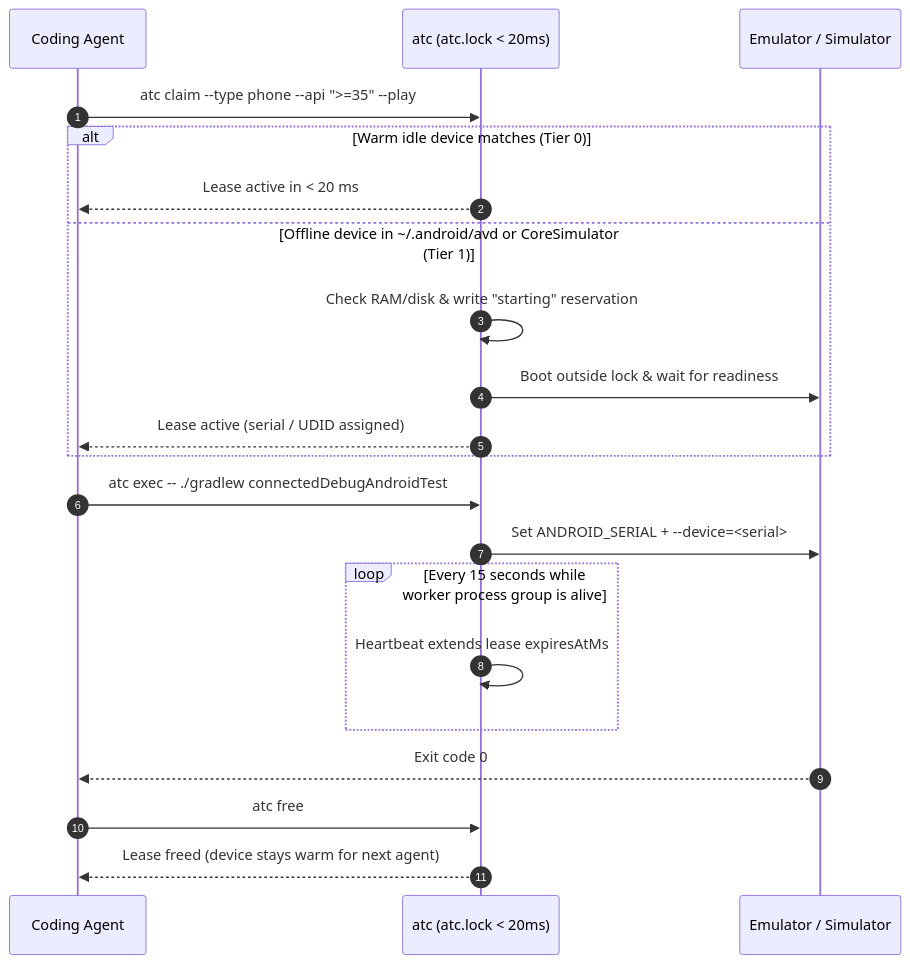
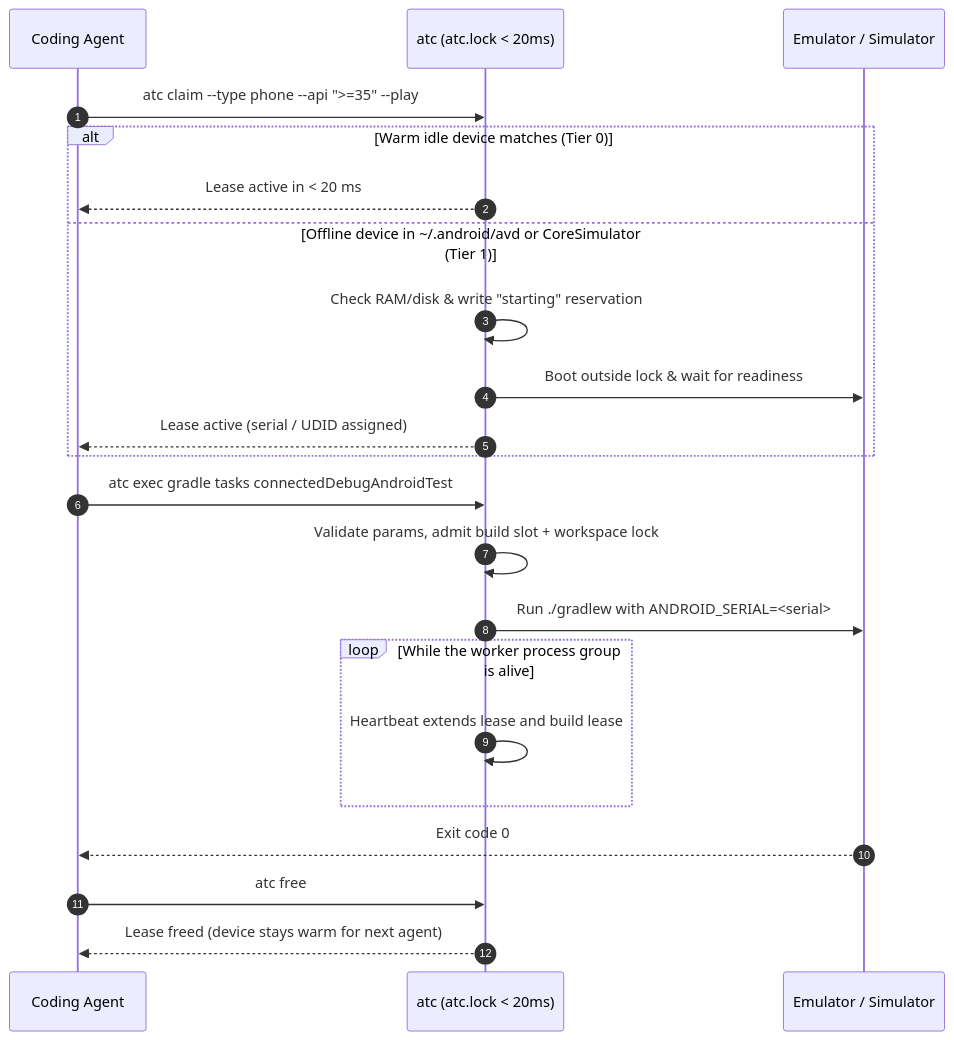
The first of 4 diagrams in docs/user-guide.md (rock3r/atc), drawn with Mermaid before and after one commit. The commit also changed other lines of this file and 31 other files, not shown here.

````diff
--- a/docs/user-guide.md
+++ b/docs/user-guide.md
@@ -61,26 +109,27 @@
 ```mermaid
 sequenceDiagram
     autonumber
     participant Agent as Coding Agent
     participant ATC as atc (atc.lock < 20ms)
     participant Dev as Emulator / Simulator
 
     Agent->>ATC: atc claim --type phone --api ">=35" --play
     alt Warm idle device matches (Tier 0)
         ATC-->>Agent: Lease active in < 20 ms
     else Offline device in ~/.android/avd or CoreSimulator (Tier 1)
         ATC->>ATC: Check RAM/disk & write "starting" reservation
         ATC->>Dev: Boot outside lock & wait for readiness
         ATC-->>Agent: Lease active (serial / UDID assigned)
     end
 
-    Agent->>ATC: atc exec -- ./gradlew connectedDebugAndroidTest
-    ATC->>Dev: Set ANDROID_SERIAL + --device=<serial>
-    loop Every 15 seconds while worker process group is alive
-        ATC->>ATC: Heartbeat extends lease expiresAtMs
+    Agent->>ATC: atc exec gradle tasks connectedDebugAndroidTest
+    ATC->>ATC: Validate params, admit build slot + workspace lock
+    ATC->>Dev: Run ./gradlew with ANDROID_SERIAL=<serial>
+    loop While the worker process group is alive
+        ATC->>ATC: Heartbeat extends lease and build lease
     end
     Dev-->>Agent: Exit code 0
 
     Agent->>ATC: atc free
     ATC-->>Agent: Lease freed (device stays warm for next agent)
 ```
````
